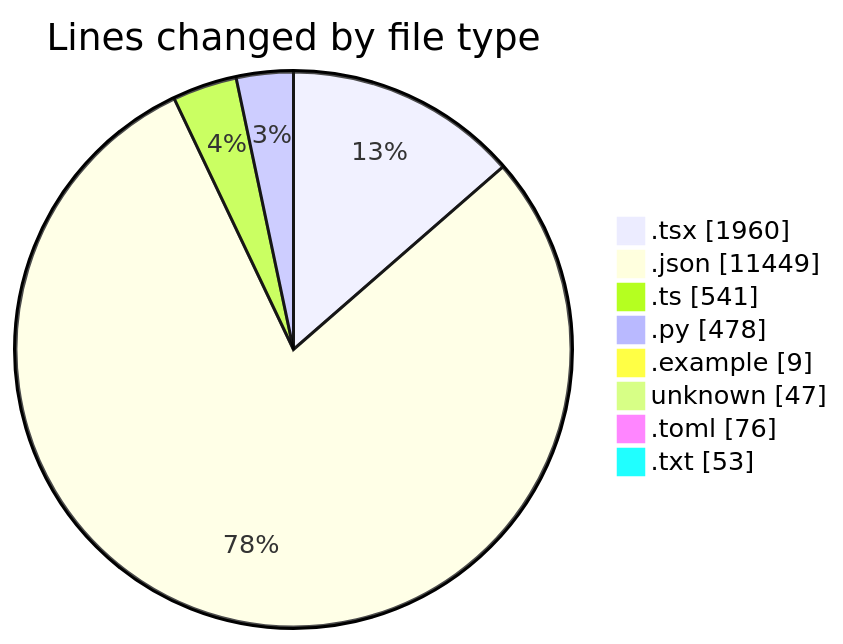
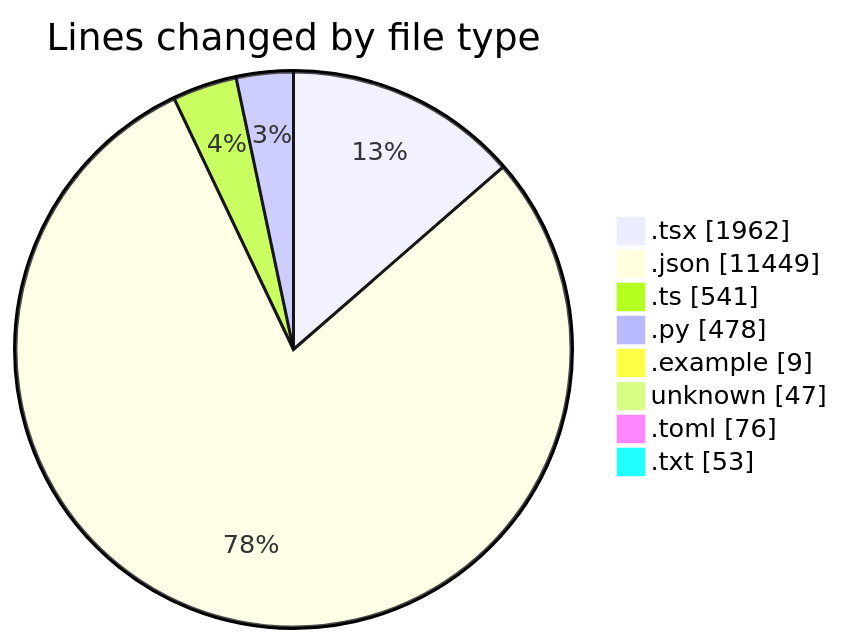
The first of 2 diagrams in 2025-04-30/niten/README.md (Elitesun/code-tracking), drawn with Mermaid before and after one commit. The commit also changed other lines of this file and 1 other file, not shown here.

````diff
--- a/2025-04-30/niten/README.md
+++ b/2025-04-30/niten/README.md
@@ -68,12 +68,12 @@
 ```mermaid
 pie showData
 title Lines changed by file type
-".tsx" : 1960
+".tsx" : 1962
 ".json" : 11449
 ".ts" : 541
 ".py" : 478
 ".example" : 9
 "unknown" : 47
 ".toml" : 76
 ".txt" : 53
 ```
````
